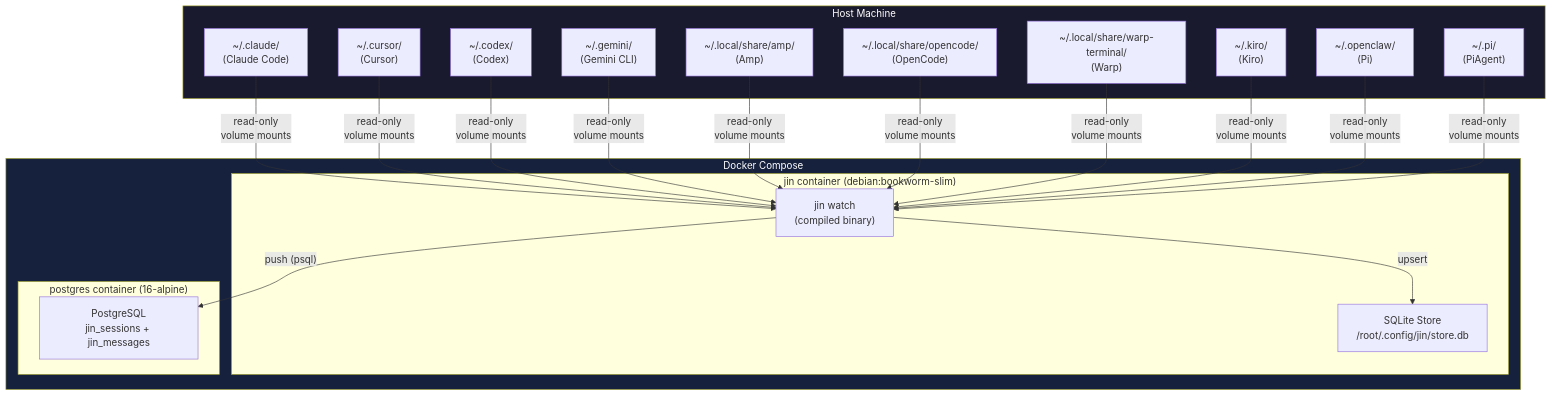
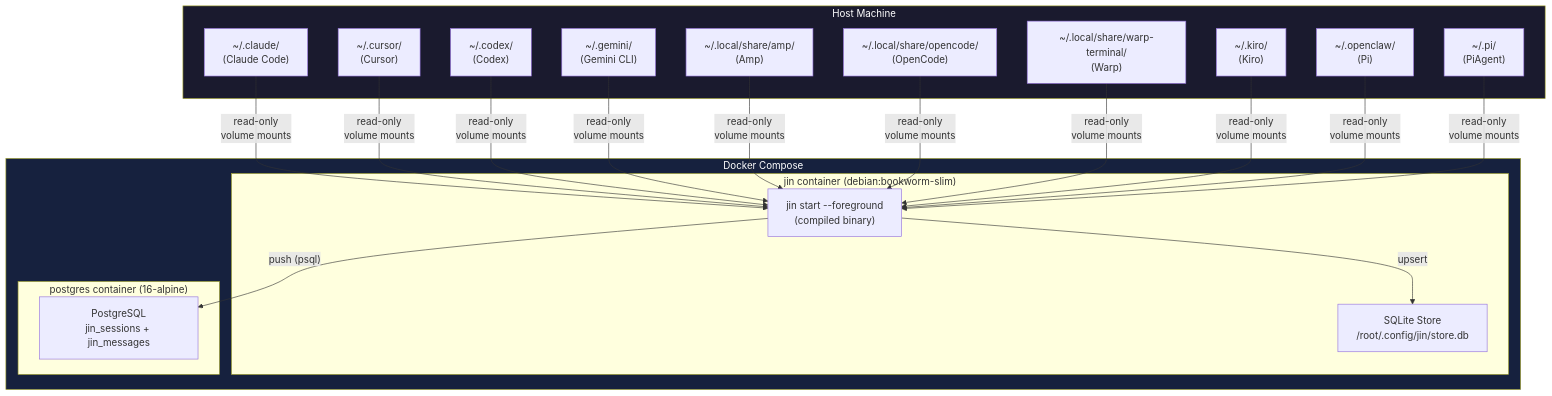
One commit to mendeleden/jin changed the first of 4 diagrams in contributing/ELI5/DEPLOYMENT.md. Above: the diagram before and after it, drawn with Mermaid. The commit also changed other lines of this file and 20 other files, not shown here.

````diff
--- a/contributing/ELI5/DEPLOYMENT.md
+++ b/contributing/ELI5/DEPLOYMENT.md
@@ -9,33 +9,33 @@
 ```mermaid
 flowchart TB
     subgraph Host["Host Machine"]
         CC["~/.claude/<br/>(Claude Code)"]
         CU["~/.cursor/<br/>(Cursor)"]
         CX["~/.codex/<br/>(Codex)"]
         GC["~/.gemini/<br/>(Gemini CLI)"]
         AM["~/.local/share/amp/<br/>(Amp)"]
         OC["~/.local/share/opencode/<br/>(OpenCode)"]
         WA["~/.local/share/warp-terminal/<br/>(Warp)"]
         KI["~/.kiro/<br/>(Kiro)"]
         PI["~/.openclaw/<br/>(Pi)"]
         PA["~/.pi/<br/>(PiAgent)"]
     end
 
     subgraph Docker["Docker Compose"]
         subgraph JinContainer["jin container (debian:bookworm-slim)"]
-            JIN["jin watch<br/>(compiled binary)"]
+            JIN["jin start --foreground<br/>(compiled binary)"]
             JINDB["SQLite Store<br/>/root/.config/jin/store.db"]
         end
 
         subgraph PGContainer["postgres container (16-alpine)"]
             PG["PostgreSQL<br/>jin_sessions + jin_messages"]
         end
     end
 
     CC & CU & CX & GC & AM & OC & WA & KI & PI & PA -->|"read-only<br/>volume mounts"| JIN
     JIN -->|"upsert"| JINDB
     JIN -->|"push (psql)"| PG
 
     style Host fill:#1a1a2e,color:#fff
     style Docker fill:#16213e,color:#fff
 ```
````
